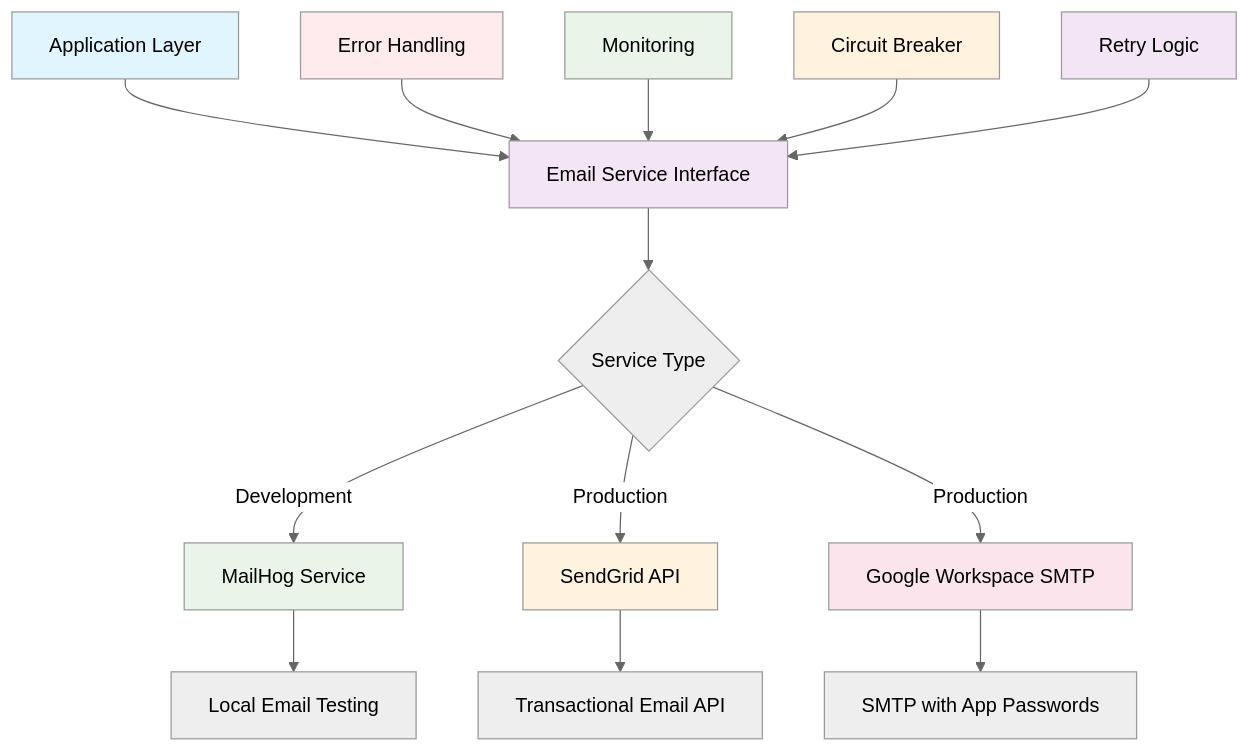
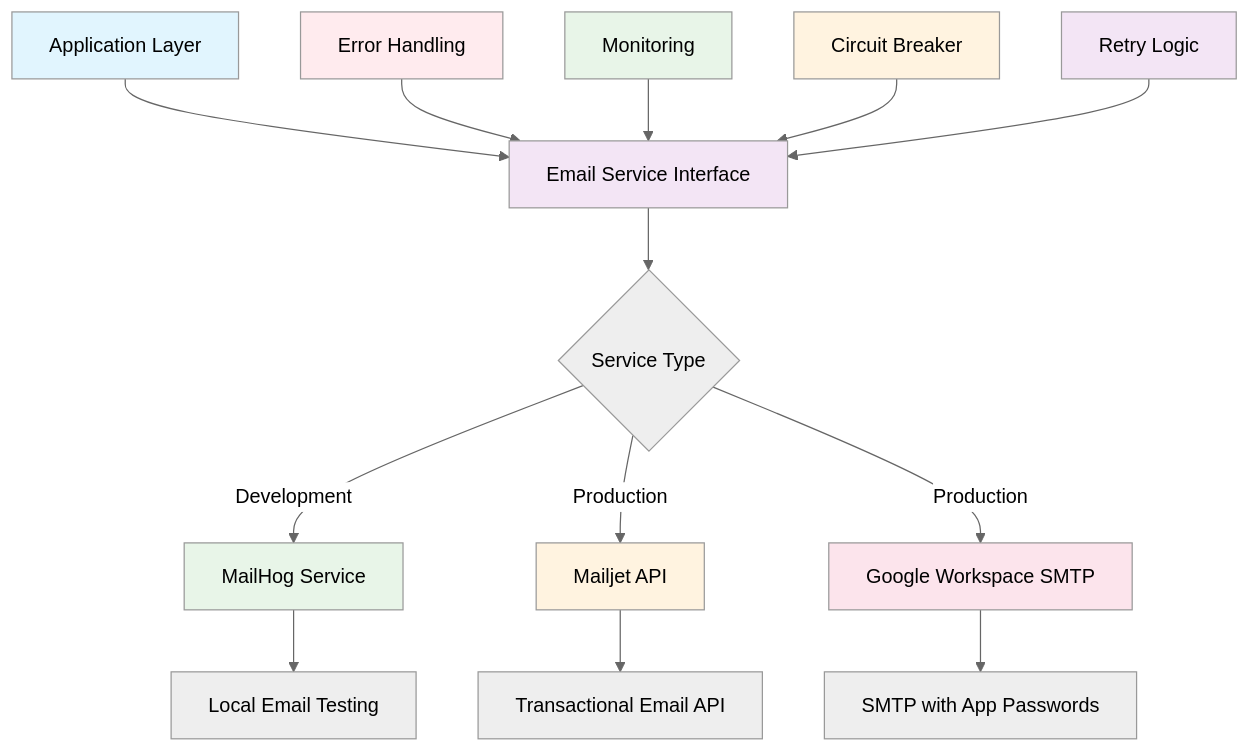
The first of 15 diagrams in backend/docs/guides/email-service-overview.md (josephnguyen-macusaone/abc-dashboard), drawn with Mermaid (neutral theme) before and after one commit. The commit also changed other lines of this file and 141 other files, not shown here.

````diff
--- a/backend/docs/guides/email-service-overview.md
+++ b/backend/docs/guides/email-service-overview.md
@@ -7,28 +7,28 @@
 ```mermaid
 graph TB
     A[Application Layer] --> B[Email Service Interface]
     B --> C{Service Type}
 
     C -->|Development| D[MailHog Service]
-    C -->|Production| E[SendGrid API]
+    C -->|Production| E[Mailjet API]
     C -->|Production| F[Google Workspace SMTP]
 
     D --> G[Local Email Testing]
     E --> H[Transactional Email API]
     F --> I[SMTP with App Passwords]
 
     J[Error Handling] --> B
     K[Monitoring] --> B
     L[Circuit Breaker] --> B
     M[Retry Logic] --> B
 
     style A fill:#e1f5fe
     style B fill:#f3e5f5
     style D fill:#e8f5e8
     style E fill:#fff3e0
     style F fill:#fce4ec
     style J fill:#ffebee
     style K fill:#e8f5e8
     style L fill:#fff3e0
     style M fill:#f3e5f5
 ```
````
